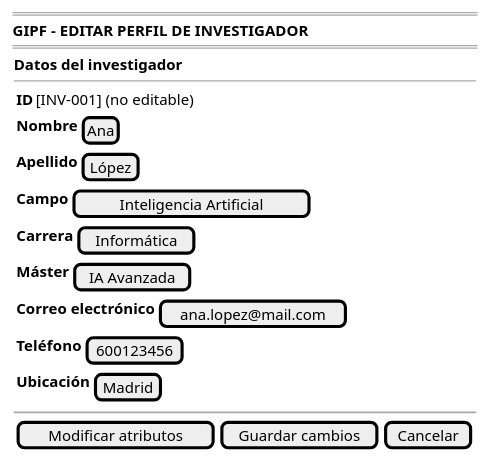
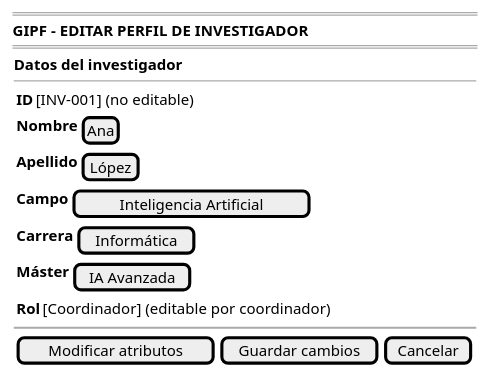
One commit to 31Diego/25-26-IdSw1-SdR changed the diagram in documentación/CasosDeUso/prototipo/05-perfil/editarPerfil.puml. Above: the diagram before and after it, drawn with PlantUML. The commit also changed 19 other files, not shown here.

Commit message:
correccion diagrama contexto

```diff
--- a/documentación/CasosDeUso/prototipo/05-perfil/editarPerfil.puml
+++ b/documentación/CasosDeUso/prototipo/05-perfil/editarPerfil.puml
@@ -1,26 +1,25 @@
 @startsalt editarPerfil-wireframe
 {
     ====
     <b>GIPF - EDITAR PERFIL DE INVESTIGADOR</b>
     ====
     {
         <b>Datos del investigador</b>
         --
         {
             {<b>ID</b>                | [INV-001] (no editable)}
             {<b>Nombre</b>            | [Ana] }
             {<b>Apellido</b>          | [López] }
             {<b>Campo</b>             | [Inteligencia Artificial] }
             {<b>Carrera</b>           | [Informática] }
             {<b>Máster</b>            | [IA Avanzada] }
-            {<b>Correo electrónico</b> | [ana.lopez@mail.com] }
-            {<b>Teléfono</b>          | [600123456] }
-            {<b>Ubicación</b>         | [Madrid] }
+            {<b>Rol</b>            | [Coordinador] (editable por coordinador) }
+    
         }
 
         ~~
 
         {[Modificar atributos] | [Guardar cambios] | [Cancelar]}
     }
 }
 @endsalt
```
